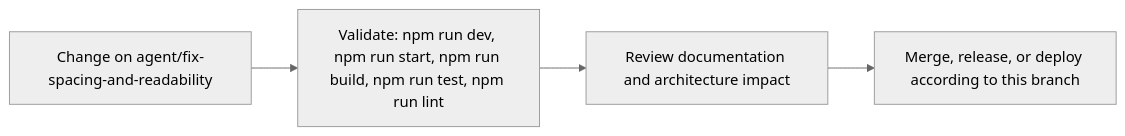
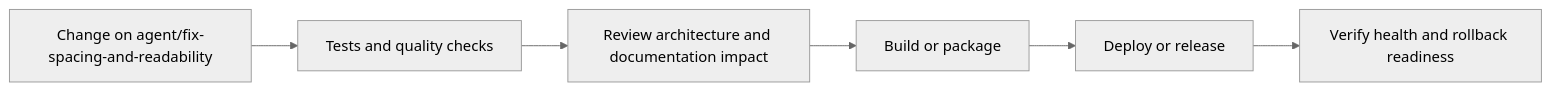
The fifth of 6 diagrams in README.md (Nischhalsubba/BindForge-NW), drawn with Mermaid (neutral theme) before and after one commit. The commit also changed other lines of this file, not shown here.

````diff
--- a/README.md
+++ b/README.md
@@ -87,8 +183,8 @@
 ```mermaid
 flowchart LR
-    CHANGE["Change on agent/fix-spacing-and-readability"]
-    CHECK["Validate: npm run dev, npm run start, npm run build, npm run test, npm run lint"]
-    REVIEW["Review documentation and architecture impact"]
-    RELEASE["Merge, release, or deploy according to this branch"]
-    CHANGE --> CHECK --> REVIEW --> RELEASE
+    CHANGE["Change on agent/fix-spacing-and-readability"] --> CHECK["Tests and quality checks"]
+    CHECK --> REVIEW["Review architecture and documentation impact"]
+    REVIEW --> BUILD["Build or package"]
+    BUILD --> DEPLOY["Deploy or release"]
+    DEPLOY --> VERIFY["Verify health and rollback readiness"]
 ```
````
